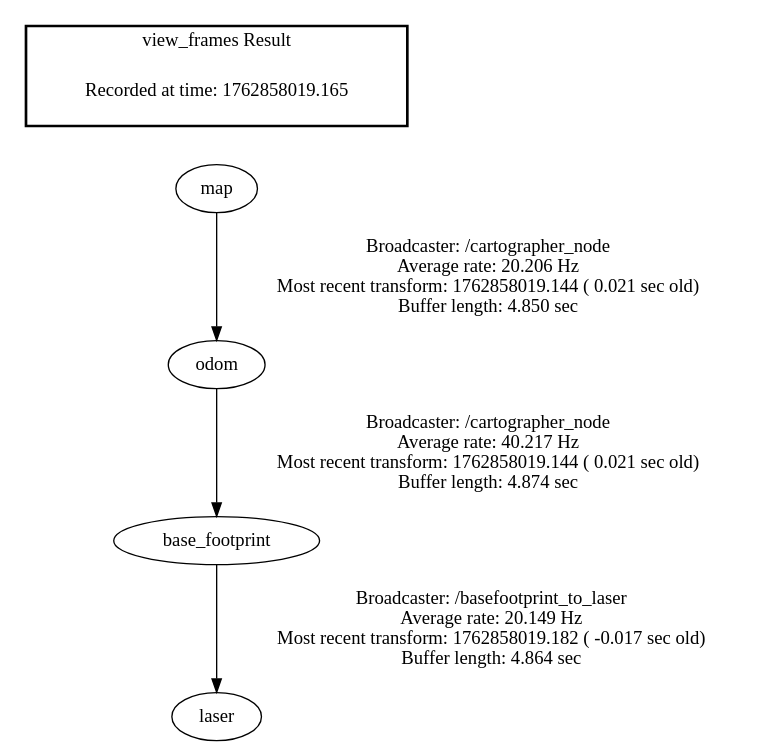
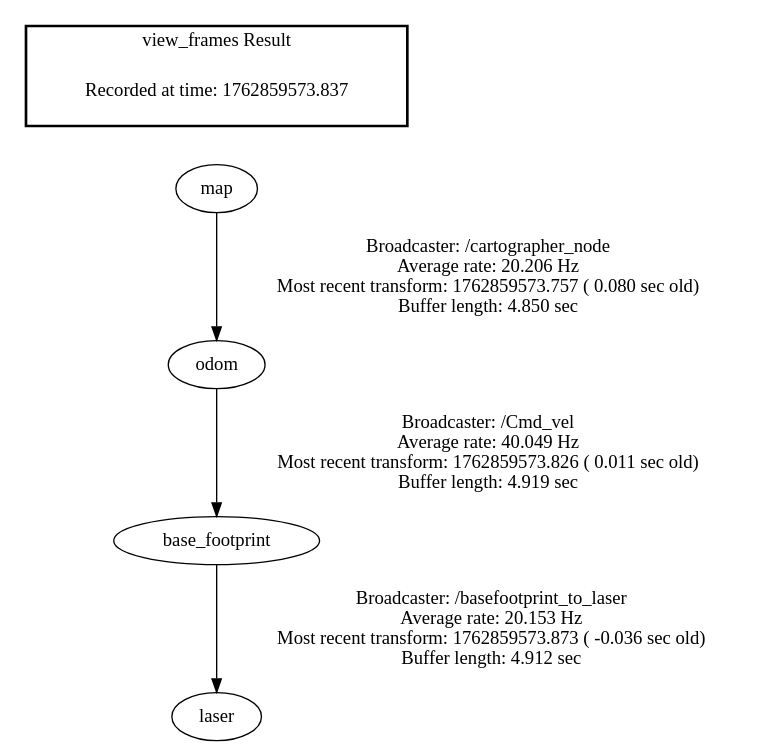
Before and after one commit to hcmutduygit/robot_fablab_ws: the diagram in frames.gv, drawn with Graphviz. The commit also changed 3 other files, not shown here.

```diff
--- a/frames.gv
+++ b/frames.gv
@@ -1,9 +1,9 @@
 digraph G {
-"base_footprint" -> "laser"[label="Broadcaster: /basefootprint_to_laser\nAverage rate: 20.149 Hz\nMost recent transform: 1762858019.182 ( -0.017 sec old)\nBuffer length: 4.864 sec\n"];
-"odom" -> "base_footprint"[label="Broadcaster: /cartographer_node\nAverage rate: 40.217 Hz\nMost recent transform: 1762858019.144 ( 0.021 sec old)\nBuffer length: 4.874 sec\n"];
-"map" -> "odom"[label="Broadcaster: /cartographer_node\nAverage rate: 20.206 Hz\nMost recent transform: 1762858019.144 ( 0.021 sec old)\nBuffer length: 4.850 sec\n"];
+"map" -> "odom"[label="Broadcaster: /cartographer_node\nAverage rate: 20.206 Hz\nMost recent transform: 1762859573.757 ( 0.080 sec old)\nBuffer length: 4.850 sec\n"];
+"odom" -> "base_footprint"[label="Broadcaster: /Cmd_vel\nAverage rate: 40.049 Hz\nMost recent transform: 1762859573.826 ( 0.011 sec old)\nBuffer length: 4.919 sec\n"];
+"base_footprint" -> "laser"[label="Broadcaster: /basefootprint_to_laser\nAverage rate: 20.153 Hz\nMost recent transform: 1762859573.873 ( -0.036 sec old)\nBuffer length: 4.912 sec\n"];
 edge [style=invis];
  subgraph cluster_legend { style=bold; color=black; label ="view_frames Result";
-"Recorded at time: 1762858019.165"[ shape=plaintext ] ;
+"Recorded at time: 1762859573.837"[ shape=plaintext ] ;
  }->"map";
 }
```
